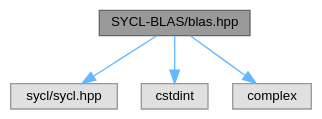
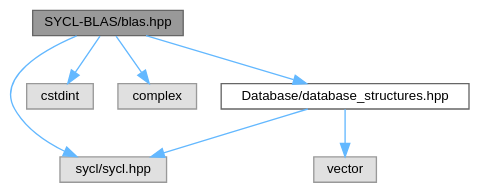
One commit to Mayukh-Banik/SYCL-BLAS changed the diagram in docs/blas_8hpp__incl.dot. Above: the diagram before and after it, drawn with Graphviz. The commit also changed 164 other files, not shown here.

```diff
--- a/docs/blas_8hpp__incl.dot
+++ b/docs/blas_8hpp__incl.dot
@@ -1,14 +1,19 @@
 digraph "SYCL-BLAS/blas.hpp"
 {
  // LATEX_PDF_SIZE
   bgcolor="transparent";
   edge [fontname=Helvetica,fontsize=10,labelfontname=Helvetica,labelfontsize=10];
   node [fontname=Helvetica,fontsize=10,shape=box,height=0.2,width=0.4];
   Node1 [id="Node000001",label="SYCL-BLAS/blas.hpp",height=0.2,width=0.4,color="gray40", fillcolor="grey60", style="filled", fontcolor="black",tooltip=" "];
   Node1 -> Node2 [id="edge1_Node000001_Node000002",color="steelblue1",style="solid",tooltip=" "];
   Node2 [id="Node000002",label="sycl/sycl.hpp",height=0.2,width=0.4,color="grey60", fillcolor="#E0E0E0", style="filled",tooltip=" "];
   Node1 -> Node3 [id="edge2_Node000001_Node000003",color="steelblue1",style="solid",tooltip=" "];
   Node3 [id="Node000003",label="cstdint",height=0.2,width=0.4,color="grey60", fillcolor="#E0E0E0", style="filled",tooltip=" "];
   Node1 -> Node4 [id="edge3_Node000001_Node000004",color="steelblue1",style="solid",tooltip=" "];
   Node4 [id="Node000004",label="complex",height=0.2,width=0.4,color="grey60", fillcolor="#E0E0E0", style="filled",tooltip=" "];
+  Node1 -> Node5 [id="edge4_Node000001_Node000005",color="steelblue1",style="solid",tooltip=" "];
+  Node5 [id="Node000005",label="Database/database_structures.hpp",height=0.2,width=0.4,color="grey40", fillcolor="white", style="filled",URL="$database__structures_8hpp.html",tooltip=" "];
+  Node5 -> Node2 [id="edge5_Node000005_Node000002",color="steelblue1",style="solid",tooltip=" "];
+  Node5 -> Node6 [id="edge6_Node000005_Node000006",color="steelblue1",style="solid",tooltip=" "];
+  Node6 [id="Node000006",label="vector",height=0.2,width=0.4,color="grey60", fillcolor="#E0E0E0", style="filled",tooltip=" "];
 }
```
